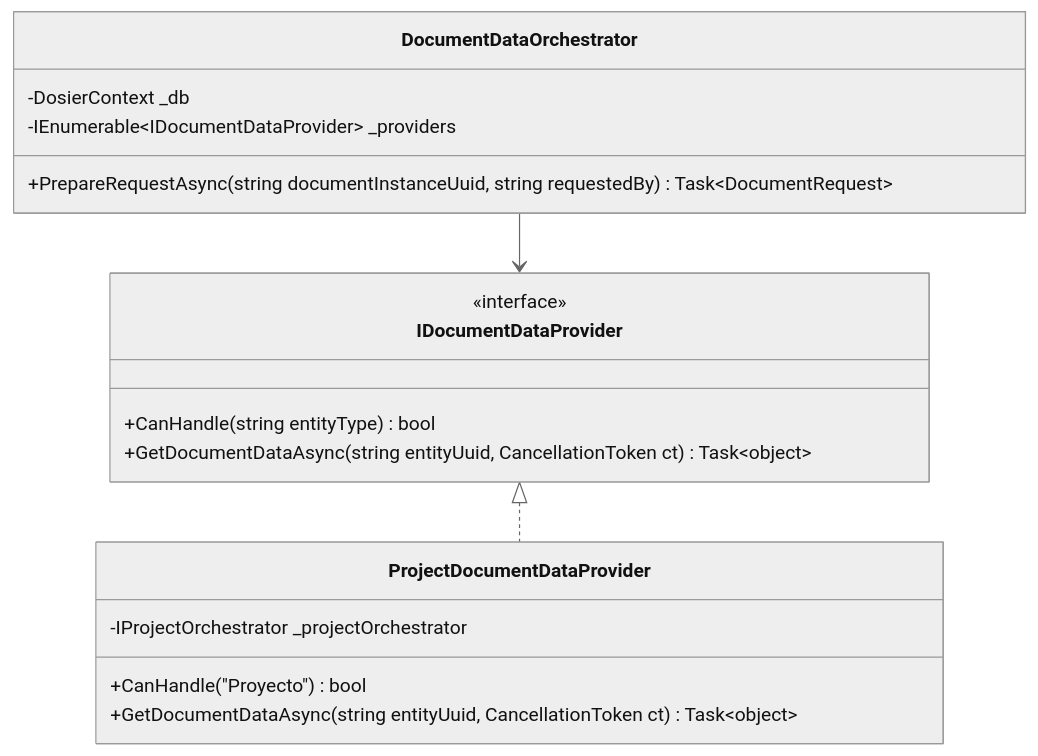
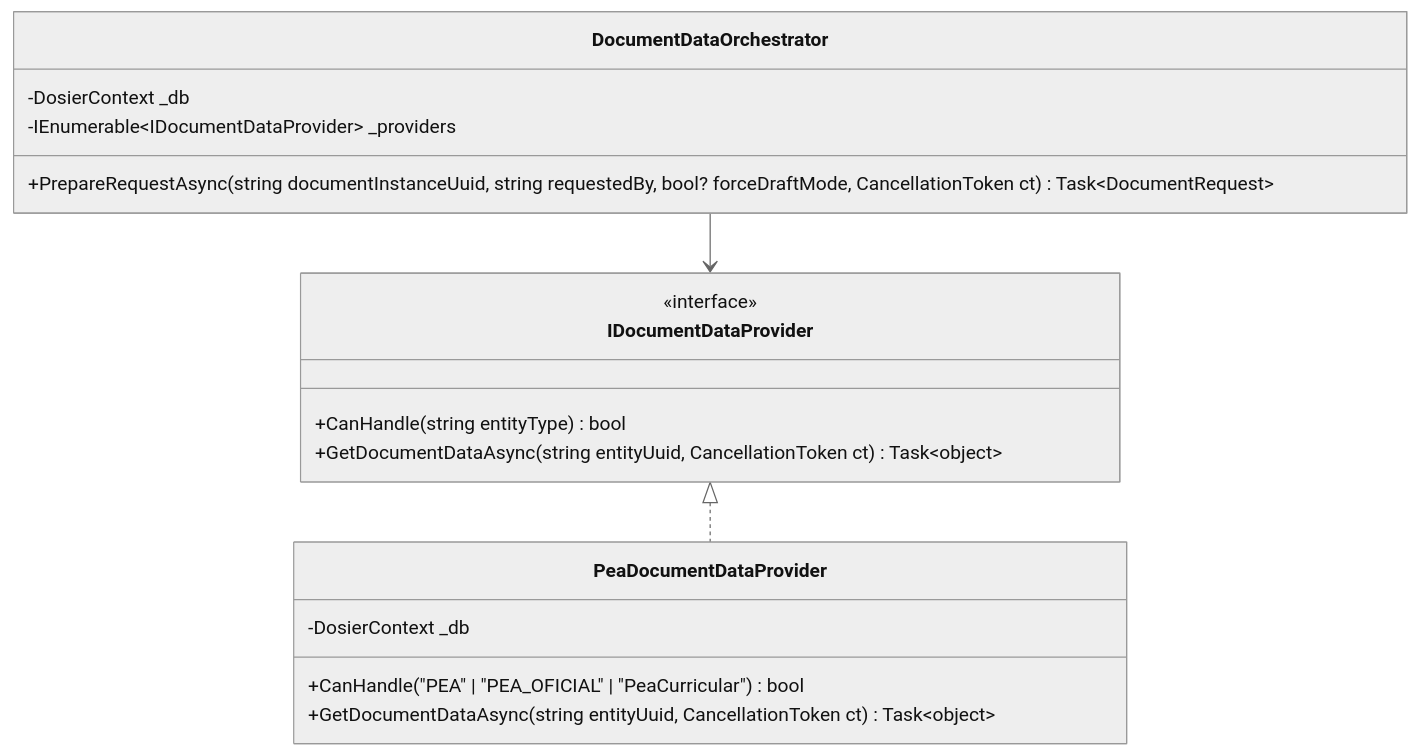
Before and after one commit to JorgeDoicela/dosier: the second of 5 diagrams in docs/documentacion/01-arquitectura/02-micro-arquitecturas-patrones.md, drawn with Mermaid (neutral theme). The commit also changed other lines of this file and 35 other files, not shown here.

````diff
--- a/docs/documentacion/01-arquitectura/02-micro-arquitecturas-patrones.md
+++ b/docs/documentacion/01-arquitectura/02-micro-arquitecturas-patrones.md
@@ -34,23 +34,23 @@
 ```mermaid
 classDiagram
     class IDocumentDataProvider {
         <<interface>>
         +CanHandle(string entityType) bool
         +GetDocumentDataAsync(string entityUuid, CancellationToken ct) Task~object~
     }
 
     class DocumentDataOrchestrator {
         -DosierContext _db
         -IEnumerable~IDocumentDataProvider~ _providers
-        +PrepareRequestAsync(string documentInstanceUuid, string requestedBy) Task~DocumentRequest~
+        +PrepareRequestAsync(string documentInstanceUuid, string requestedBy, bool? forceDraftMode, CancellationToken ct) Task~DocumentRequest~
     }
 
-    class ProjectDocumentDataProvider {
-        -IProjectOrchestrator _projectOrchestrator
-        +CanHandle("Proyecto") bool
+    class PeaDocumentDataProvider {
+        -DosierContext _db
+        +CanHandle("PEA" | "PEA_OFICIAL" | "PeaCurricular") bool
         +GetDocumentDataAsync(string entityUuid, CancellationToken ct) Task~object~
     }
 
-    IDocumentDataProvider <|.. ProjectDocumentDataProvider
+    IDocumentDataProvider <|.. PeaDocumentDataProvider
     DocumentDataOrchestrator --> IDocumentDataProvider
 ```
````
